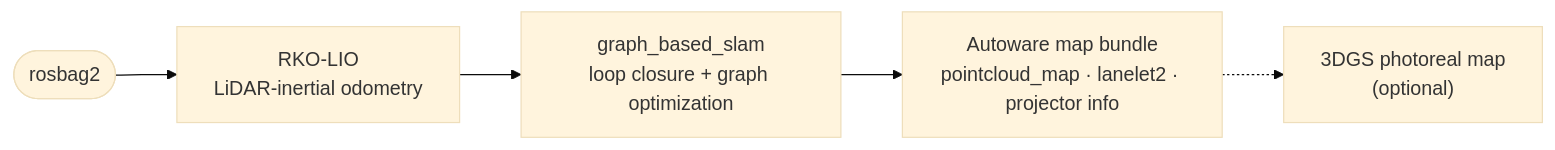
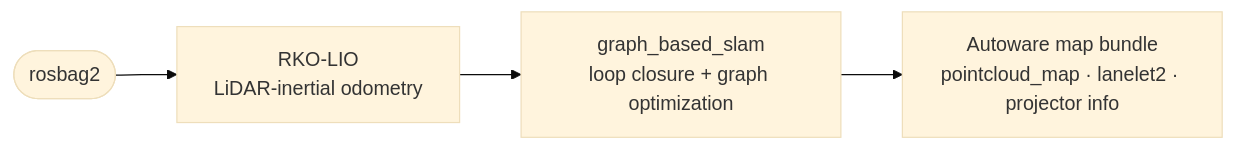
Before and after one commit to rsasaki0109/lidar_slam_ros2: the diagram in README.md, drawn with Mermaid (base theme). The commit also changed other lines of this file, not shown here.

````diff
--- a/README.md
+++ b/README.md
@@ -48,7 +49,6 @@
 ```mermaid
 flowchart LR
     bag(["rosbag2"]) --> rko["RKO-LIO<br/>LiDAR-inertial odometry"]
     rko --> gbs["graph_based_slam<br/>loop closure + graph optimization"]
     gbs --> bundle["Autoware map bundle<br/>pointcloud_map · lanelet2 · projector info"]
-    bundle -.-> gs3d["3DGS photoreal map<br/>(optional)"]
 ```
````
